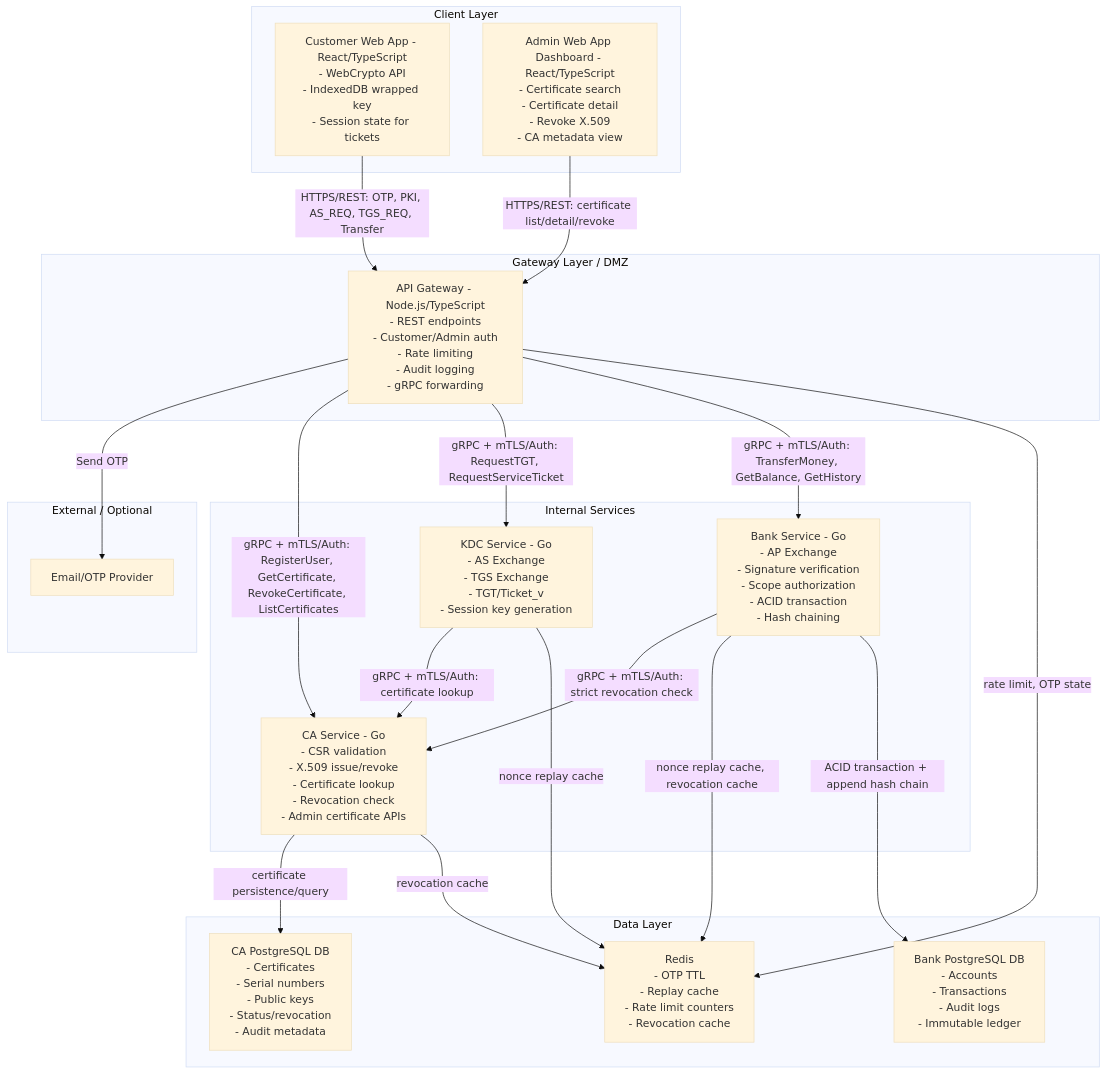
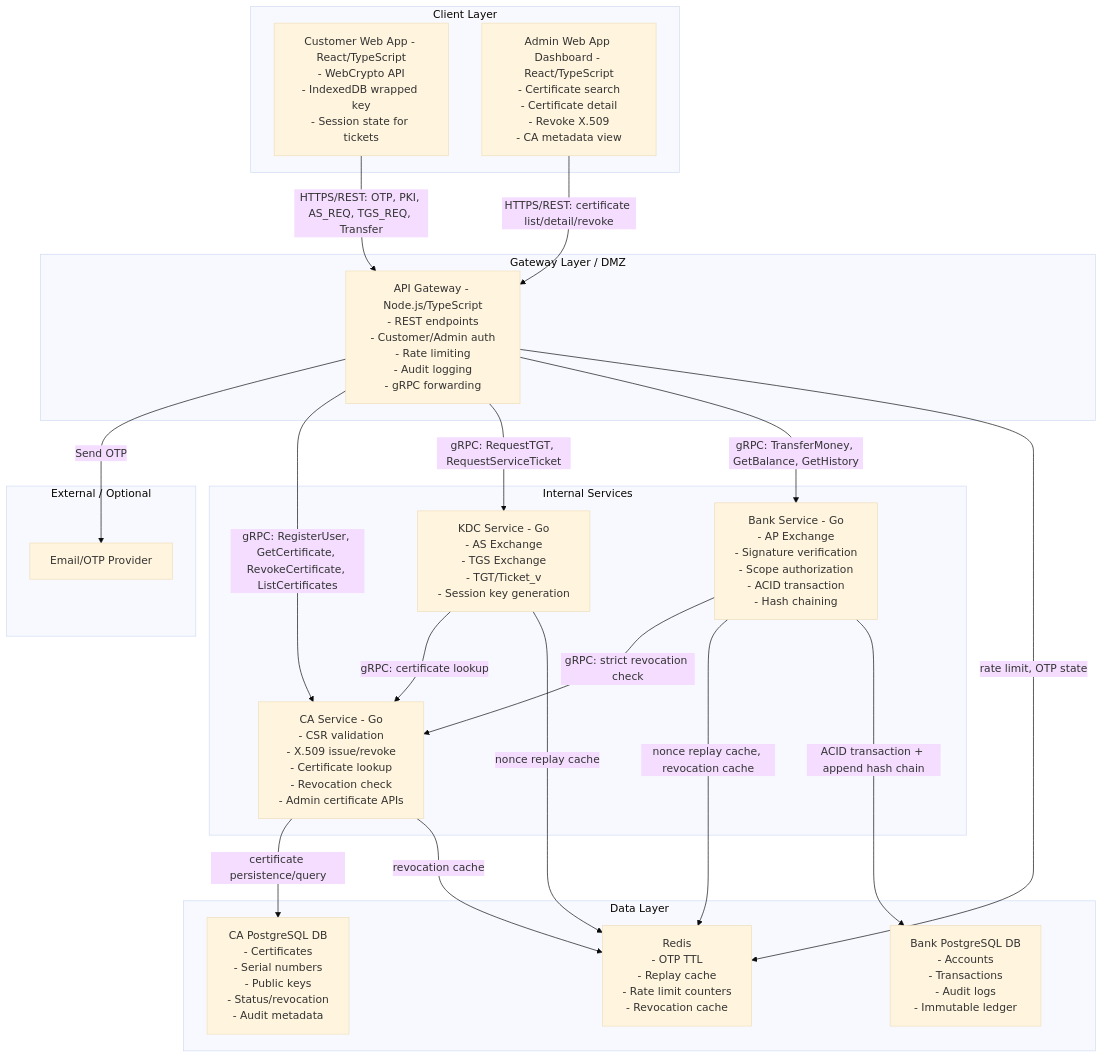
One commit to TNTT2305hcmus/mini-banking-app changed the second of 6 diagrams in blueprint/design.md. Above: the diagram before and after it, drawn with Mermaid (base theme). The commit also changed other lines of this file and 23 other files, not shown here.

````diff
--- a/blueprint/design.md
+++ b/blueprint/design.md
@@ -311,45 +307,45 @@
 ```mermaid
 flowchart TB
     subgraph ClientLayer["Client Layer"]
         CustomerWeb["Customer Web App - React/TypeScript\n- WebCrypto API\n- IndexedDB wrapped key\n- Session state for tickets"]
         AdminDashboard["Admin Web App Dashboard - React/TypeScript\n- Certificate search\n- Certificate detail\n- Revoke X.509\n- CA metadata view"]
     end
 
     subgraph DMZ["Gateway Layer / DMZ"]
         Gateway["API Gateway - Node.js/TypeScript\n- REST endpoints\n- Customer/Admin auth\n- Rate limiting\n- Audit logging\n- gRPC forwarding"]
     end
 
     subgraph Internal["Internal Services"]
         CA["CA Service - Go\n- CSR validation\n- X.509 issue/revoke\n- Certificate lookup\n- Revocation check\n- Admin certificate APIs"]
         KDC["KDC Service - Go\n- AS Exchange\n- TGS Exchange\n- TGT/Ticket_v\n- Session key generation"]
         Bank["Bank Service - Go\n- AP Exchange\n- Signature verification\n- Scope authorization\n- ACID transaction\n- Hash chaining"]
     end
 
     subgraph Data["Data Layer"]
         CADB["CA PostgreSQL DB\n- Certificates\n- Serial numbers\n- Public keys\n- Status/revocation\n- Audit metadata"]
         BankDB["Bank PostgreSQL DB\n- Accounts\n- Transactions\n- Audit logs\n- Immutable ledger"]
         Redis["Redis\n- OTP TTL\n- Replay cache\n- Rate limit counters\n- Revocation cache"]
     end
 
     subgraph External["External / Optional"]
         Email["Email/OTP Provider"]
     end
 
     CustomerWeb -->|HTTPS/REST: OTP, PKI, AS_REQ, TGS_REQ, Transfer| Gateway
     AdminDashboard -->|HTTPS/REST: certificate list/detail/revoke| Gateway
 
     Gateway -->|Send OTP| Email
-    Gateway -->|gRPC + mTLS/Auth: RegisterUser, GetCertificate, RevokeCertificate, ListCertificates| CA
-    Gateway -->|gRPC + mTLS/Auth: RequestTGT, RequestServiceTicket| KDC
-    Gateway -->|gRPC + mTLS/Auth: TransferMoney, GetBalance, GetHistory| Bank
+    Gateway -->|gRPC: RegisterUser, GetCertificate, RevokeCertificate, ListCertificates| CA
+    Gateway -->|gRPC: RequestTGT, RequestServiceTicket| KDC
+    Gateway -->|gRPC: TransferMoney, GetBalance, GetHistory| Bank
 
-    KDC -->|gRPC + mTLS/Auth: certificate lookup| CA
-    Bank -->|gRPC + mTLS/Auth: strict revocation check| CA
+    KDC -->|gRPC: certificate lookup| CA
+    Bank -->|gRPC: strict revocation check| CA
 
     CA -->|certificate persistence/query| CADB
     Gateway -->|rate limit, OTP state| Redis
     CA -->|revocation cache| Redis
     KDC -->|nonce replay cache| Redis
     Bank -->|nonce replay cache, revocation cache| Redis
     Bank -->|ACID transaction + append hash chain| BankDB
 ```
````
